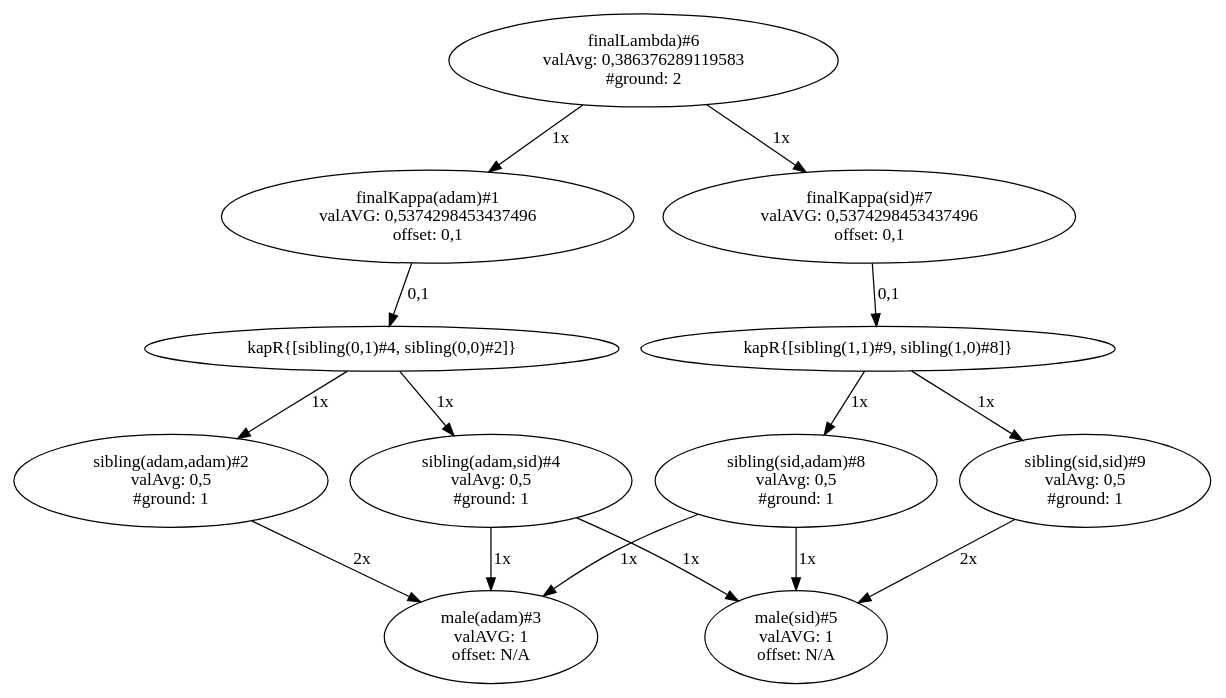
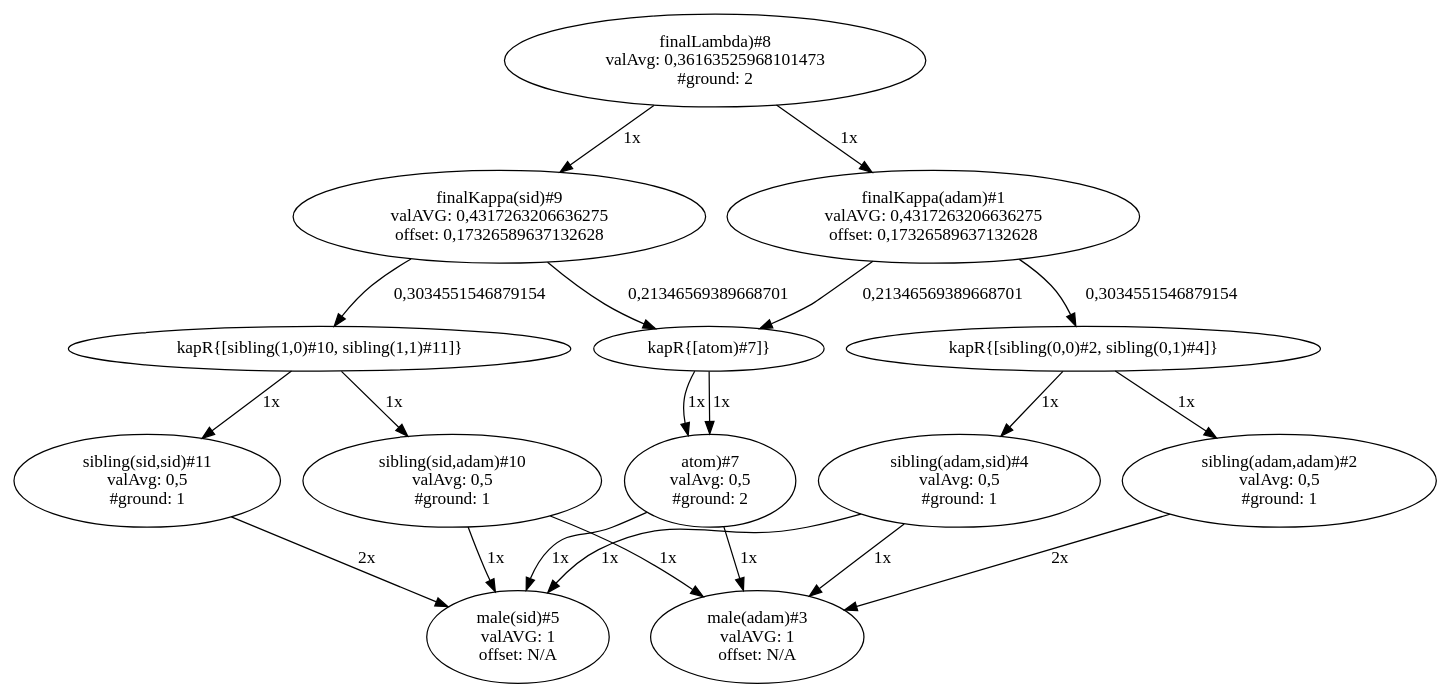
The diagram in graph.dot (svatoma1/Neurologic), drawn with Graphviz before and after one commit. The commit also changed 12 other files, not shown here.

```diff
--- a/graph.dot
+++ b/graph.dot
@@ -1,60 +1,82 @@
 digraph G {
-"finalLambda)#6
-valAvg: 0,386376289119583
-#ground: 2" -> "finalKappa(adam)#1
-valAVG: 0,5374298453437496
-offset: 0,1" [ label = "1x" ];
-"finalKappa(adam)#1
-valAVG: 0,5374298453437496
-offset: 0,1" -> "kapR{[sibling(0,1)#4, sibling(0,0)#2]}" [ label = "0,1" ];
-"kapR{[sibling(0,1)#4, sibling(0,0)#2]}" -> "sibling(adam,sid)#4
+"finalLambda)#8
+valAvg: 0,36163525968101473
+#ground: 2" -> "finalKappa(sid)#9
+valAVG: 0,4317263206636275
+offset: 0,17326589637132628" [ label = "1x" ];
+"finalKappa(sid)#9
+valAVG: 0,4317263206636275
+offset: 0,17326589637132628" -> "kapR{[sibling(1,0)#10, sibling(1,1)#11]}" [ label = "0,3034551546879154" ];
+"kapR{[sibling(1,0)#10, sibling(1,1)#11]}" -> "sibling(sid,adam)#10
 valAvg: 0,5
 #ground: 1" [ label = "1x" ];
-"kapR{[sibling(0,1)#4, sibling(0,0)#2]}" -> "sibling(adam,adam)#2
+"kapR{[sibling(1,0)#10, sibling(1,1)#11]}" -> "sibling(sid,sid)#11
 valAvg: 0,5
 #ground: 1" [ label = "1x" ];
+"finalKappa(sid)#9
+valAVG: 0,4317263206636275
+offset: 0,17326589637132628" -> "kapR{[atom)#7]}" [ label = "0,21346569389668701" ];
+"kapR{[atom)#7]}" -> "atom)#7
+valAvg: 0,5
+#ground: 2" [ label = "1x" ];
+"sibling(sid,adam)#10
+valAvg: 0,5
+#ground: 1" -> "male(adam)#3
+valAVG: 1
+offset: N/A" [ label = "1x" ];
+"sibling(sid,adam)#10
+valAvg: 0,5
+#ground: 1" -> "male(sid)#5
+valAVG: 1
+offset: N/A" [ label = "1x" ];
+"sibling(sid,sid)#11
+valAvg: 0,5
+#ground: 1" -> "male(sid)#5
+valAVG: 1
+offset: N/A" [ label = "2x" ];
+"atom)#7
+valAvg: 0,5
+#ground: 2" -> "male(adam)#3
+valAVG: 1
+offset: N/A" [ label = "1x" ];
+"atom)#7
+valAvg: 0,5
+#ground: 2" -> "male(sid)#5
+valAVG: 1
+offset: N/A" [ label = "1x" ];
+"finalLambda)#8
+valAvg: 0,36163525968101473
+#ground: 2" -> "finalKappa(adam)#1
+valAVG: 0,4317263206636275
+offset: 0,17326589637132628" [ label = "1x" ];
+"finalKappa(adam)#1
+valAVG: 0,4317263206636275
+offset: 0,17326589637132628" -> "kapR{[sibling(0,0)#2, sibling(0,1)#4]}" [ label = "0,3034551546879154" ];
+"kapR{[sibling(0,0)#2, sibling(0,1)#4]}" -> "sibling(adam,adam)#2
+valAvg: 0,5
+#ground: 1" [ label = "1x" ];
+"kapR{[sibling(0,0)#2, sibling(0,1)#4]}" -> "sibling(adam,sid)#4
+valAvg: 0,5
+#ground: 1" [ label = "1x" ];
+"finalKappa(adam)#1
+valAVG: 0,4317263206636275
+offset: 0,17326589637132628" -> "kapR{[atom)#7]}" [ label = "0,21346569389668701" ];
+"kapR{[atom)#7]}" -> "atom)#7
+valAvg: 0,5
+#ground: 2" [ label = "1x" ];
+"sibling(adam,adam)#2
+valAvg: 0,5
+#ground: 1" -> "male(adam)#3
+valAVG: 1
+offset: N/A" [ label = "2x" ];
+"sibling(adam,sid)#4
+valAvg: 0,5
+#ground: 1" -> "male(adam)#3
+valAVG: 1
+offset: N/A" [ label = "1x" ];
 "sibling(adam,sid)#4
 valAvg: 0,5
 #ground: 1" -> "male(sid)#5
 valAVG: 1
 offset: N/A" [ label = "1x" ];
-"sibling(adam,sid)#4
-valAvg: 0,5
-#ground: 1" -> "male(adam)#3
-valAVG: 1
-offset: N/A" [ label = "1x" ];
-"sibling(adam,adam)#2
-valAvg: 0,5
-#ground: 1" -> "male(adam)#3
-valAVG: 1
-offset: N/A" [ label = "2x" ];
-"finalLambda)#6
-valAvg: 0,386376289119583
-#ground: 2" -> "finalKappa(sid)#7
-valAVG: 0,5374298453437496
-offset: 0,1" [ label = "1x" ];
-"finalKappa(sid)#7
-valAVG: 0,5374298453437496
-offset: 0,1" -> "kapR{[sibling(1,1)#9, sibling(1,0)#8]}" [ label = "0,1" ];
-"kapR{[sibling(1,1)#9, sibling(1,0)#8]}" -> "sibling(sid,sid)#9
-valAvg: 0,5
-#ground: 1" [ label = "1x" ];
-"kapR{[sibling(1,1)#9, sibling(1,0)#8]}" -> "sibling(sid,adam)#8
-valAvg: 0,5
-#ground: 1" [ label = "1x" ];
-"sibling(sid,sid)#9
-valAvg: 0,5
-#ground: 1" -> "male(sid)#5
-valAVG: 1
-offset: N/A" [ label = "2x" ];
-"sibling(sid,adam)#8
-valAvg: 0,5
-#ground: 1" -> "male(sid)#5
-valAVG: 1
-offset: N/A" [ label = "1x" ];
-"sibling(sid,adam)#8
-valAvg: 0,5
-#ground: 1" -> "male(adam)#3
-valAVG: 1
-offset: N/A" [ label = "1x" ];
 }
```
